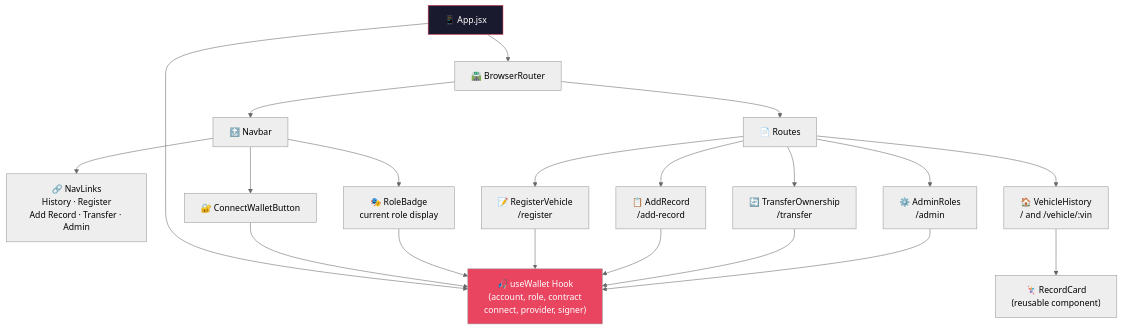
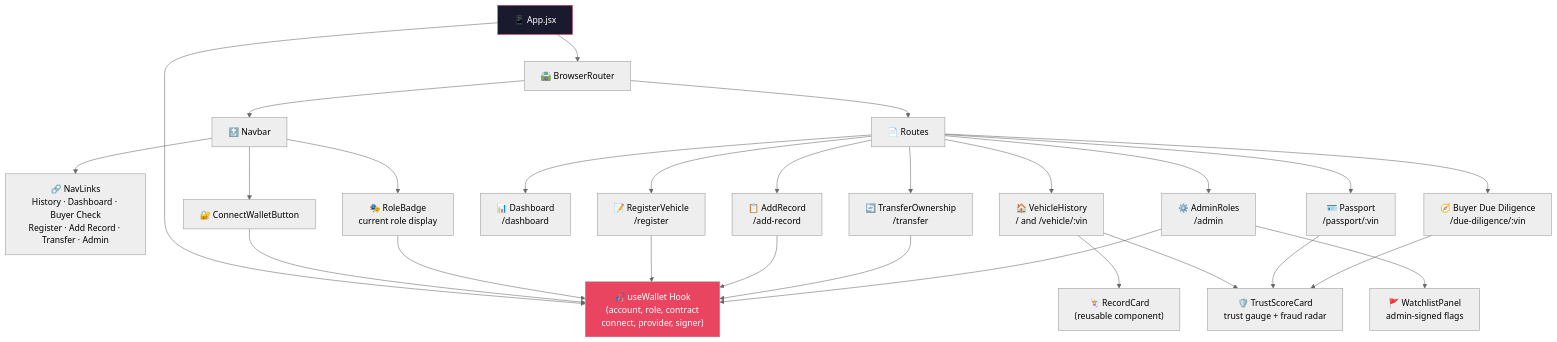
One commit to suhas-developer07/vehichain changed the seventh of 22 diagrams in DOCUMENTATION.md. Above: the diagram before and after it, drawn with Mermaid (neutral theme). The commit also changed other lines of this file and 59 other files, not shown here.

````diff
--- a/DOCUMENTATION.md
+++ b/DOCUMENTATION.md
@@ -505,30 +508,37 @@
 ```mermaid
 graph TB
     App["📱 App.jsx"] --> Router["🛣️ BrowserRouter"]
     Router --> Navbar["🔝 Navbar"]
     Router --> Routes["📄 Routes"]
 
-    Navbar --> NavLinks["🔗 NavLinks\nHistory · Register\nAdd Record · Transfer · Admin"]
+    Navbar --> NavLinks["🔗 NavLinks\nHistory · Dashboard · Buyer Check\nRegister · Add Record · Transfer · Admin"]
     Navbar --> RoleBadge["🎭 RoleBadge\ncurrent role display"]
     Navbar --> ConnectWallet["🔐 ConnectWalletButton"]
 
     Routes --> VH["🏠 VehicleHistory\n/ and /vehicle/:vin"]
+    Routes --> DB["📊 Dashboard\n/dashboard"]
+    Routes --> PP["🪪 Passport\n/passport/:vin"]
+    Routes --> DD["🧭 Buyer Due Diligence\n/due-diligence/:vin"]
     Routes --> RV["📝 RegisterVehicle\n/register"]
     Routes --> AR["📋 AddRecord\n/add-record"]
     Routes --> TO["🔄 TransferOwnership\n/transfer"]
     Routes --> Admin["⚙️ AdminRoles\n/admin"]
 
     VH --> RC["🃏 RecordCard\n(reusable component)"]
+    VH --> TSC["🛡️ TrustScoreCard\ntrust gauge + fraud radar"]
+    PP --> TSC
+    DD --> TSC
+    Admin --> WLP["🚩 WatchlistPanel\nadmin-signed flags"]
 
     App --> UseWallet["🎣 useWallet Hook\n(account, role, contract\nconnect, provider, signer)"]
 
     ConnectWallet --> UseWallet
     RoleBadge --> UseWallet
     RV --> UseWallet
     AR --> UseWallet
     TO --> UseWallet
     Admin --> UseWallet
 
     style App fill:#1a1a2e,stroke:#e94560,color:#fff
     style UseWallet fill:#e94560,color:#fff
 ```
````
